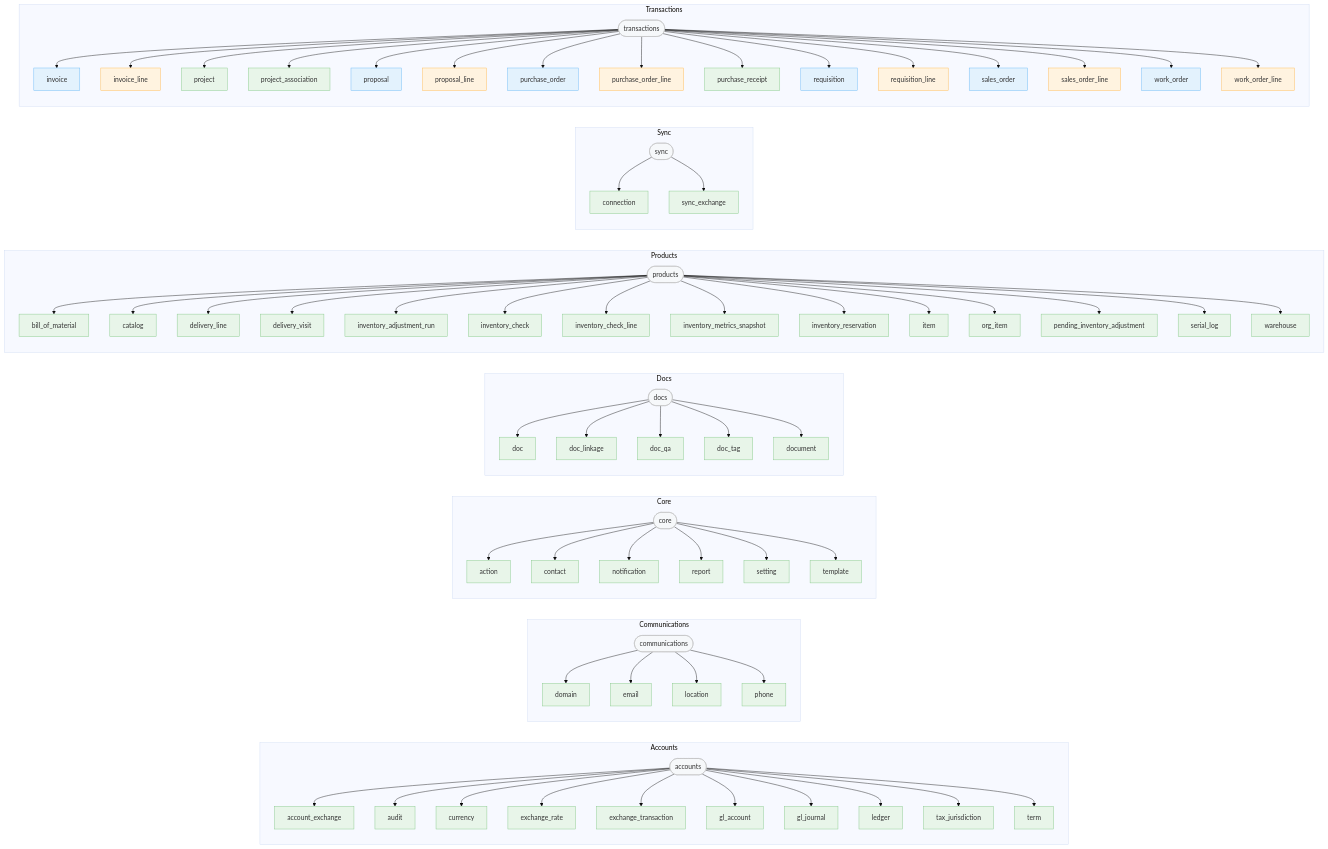
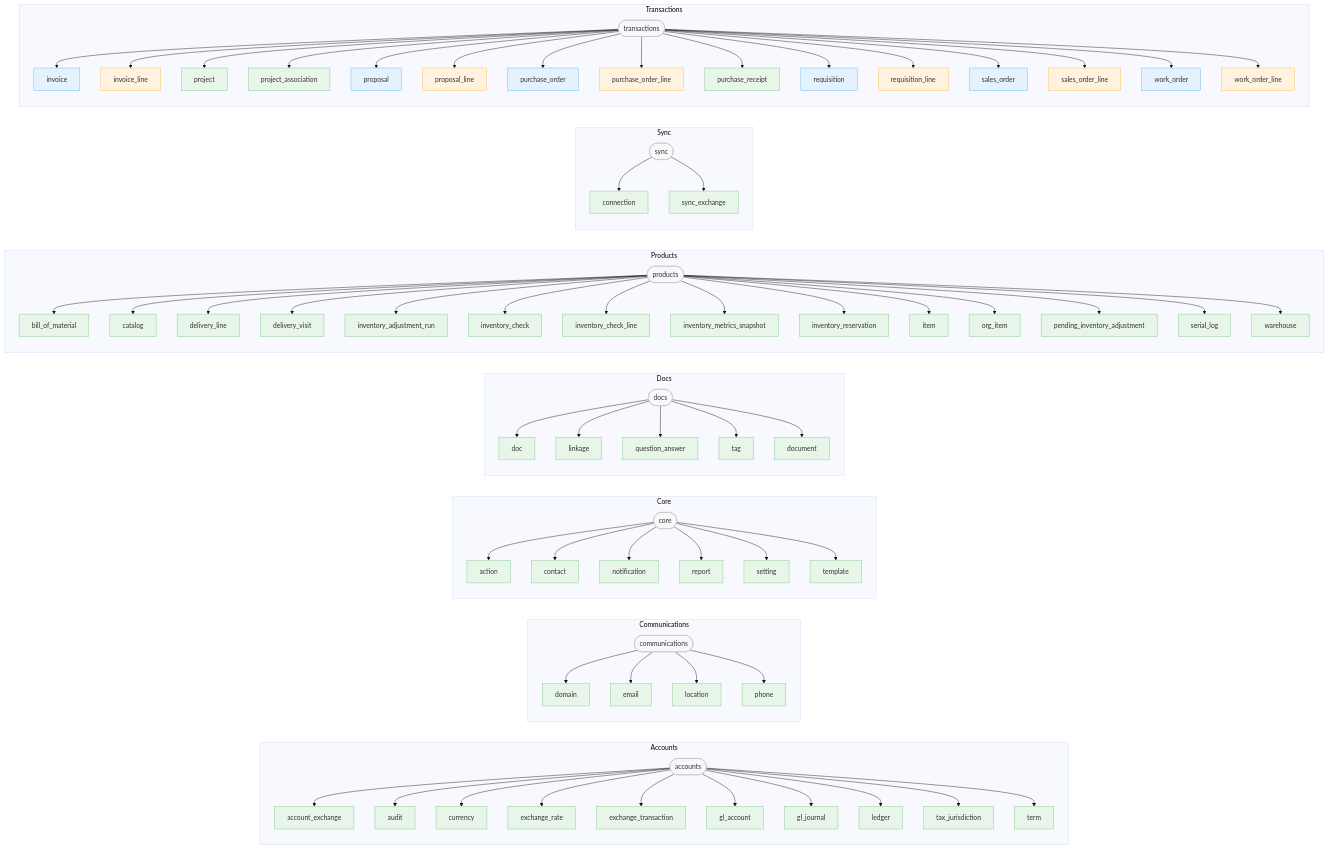
Before and after one commit to JPods/WebClerk: the diagram in readmes/model-registry.md, drawn with Mermaid (base theme). The commit also changed other lines of this file and 101 other files, not shown here.

Commit message:
QA to QuestionAnswer BOM to BillOfMaterial other naming cleanups

```diff
--- a/readmes/model-registry.md
+++ b/readmes/model-registry.md
@@ -243,15 +243,15 @@
     doc["doc"]
     app_docs --> doc
     class doc support
-    doc_linkage["doc_linkage"]
-    app_docs --> doc_linkage
-    class doc_linkage support
-    doc_qa["doc_qa"]
-    app_docs --> doc_qa
-    class doc_qa support
-    doc_tag["doc_tag"]
-    app_docs --> doc_tag
-    class doc_tag support
+    linkage["linkage"]
+    app_docs --> linkage
+    class linkage support
+    question_answer["question_answer"]
+    app_docs --> question_answer
+    class question_answer support
+    tag["tag"]
+    app_docs --> tag
+    class tag support
     document["document"]
     app_docs --> document
     class document support
```
